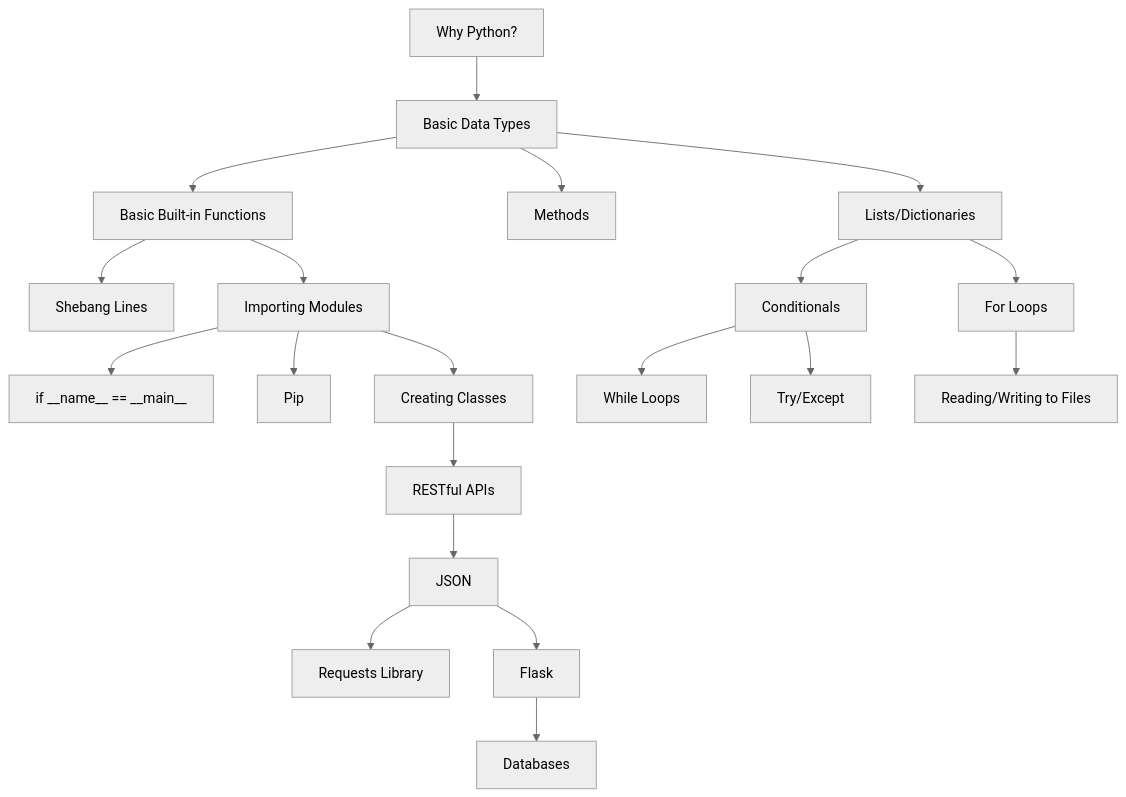
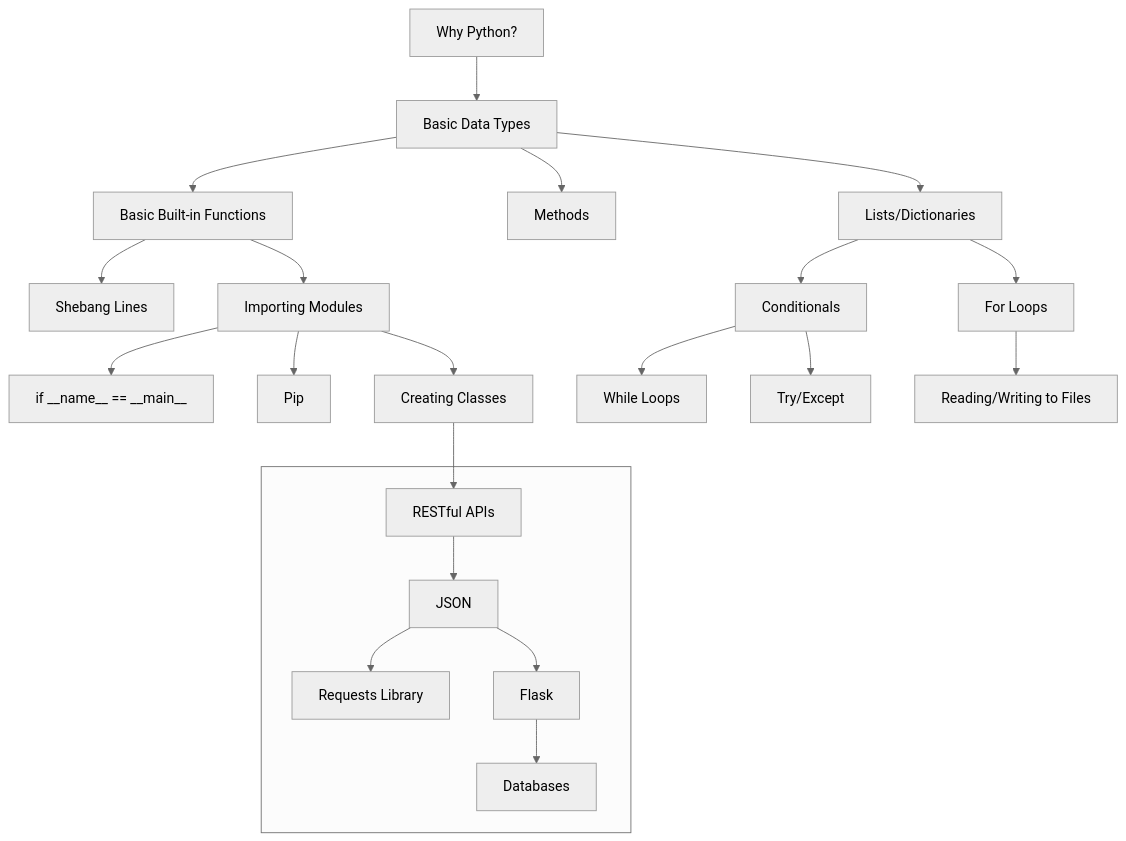
The diagram in basicpythonoutline.md (csfeeser/Python), drawn with Mermaid (neutral theme) before and after one commit.

````diff
--- a/basicpythonoutline.md
+++ b/basicpythonoutline.md
@@ -1,22 +1,28 @@
 ```mermaid
 graph TD
     A[Why Python?] --> B[Basic Data Types]
     B --> C[Basic Built-in Functions]
     C --> D[Shebang Lines]
     B --> E[Methods]
     B --> F[Lists/Dictionaries]
     F --> G[Conditionals]
     G --> H[While Loops]
     G --> I[Try/Except]
     C --> J[Importing Modules]
     J --> K[if __name__ == __main__]
     F --> L[For Loops]
     L --> M[Reading/Writing to Files]
     J --> N[Pip]
     J --> O[Creating Classes]
-    O --> P[RESTful APIs]
-    P --> Q[JSON]
-    Q --> R[Requests Library]
-    Q --> S[Flask]
-    S --> T[Databases]
+    
+    %% Start of the subgraph for RESTful APIs and below
+    subgraph Rest_APIs_Box [ ]
+      P[RESTful APIs]
+      P --> Q[JSON]
+      Q --> R[Requests Library]
+      Q --> S[Flask]
+      S --> T[Databases]
+    end
+
+    O --> P
 ```
````
